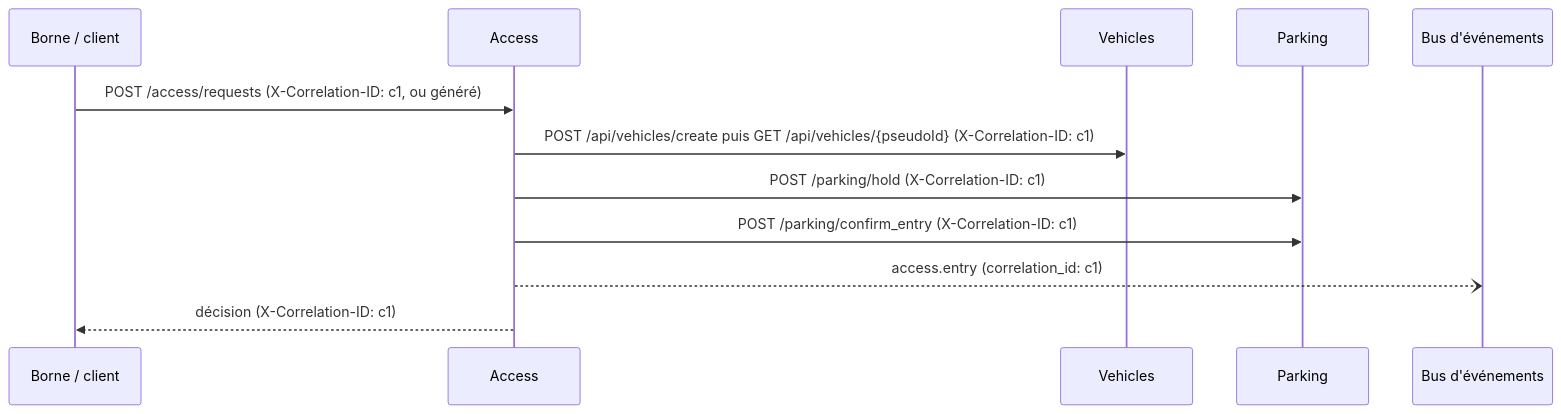
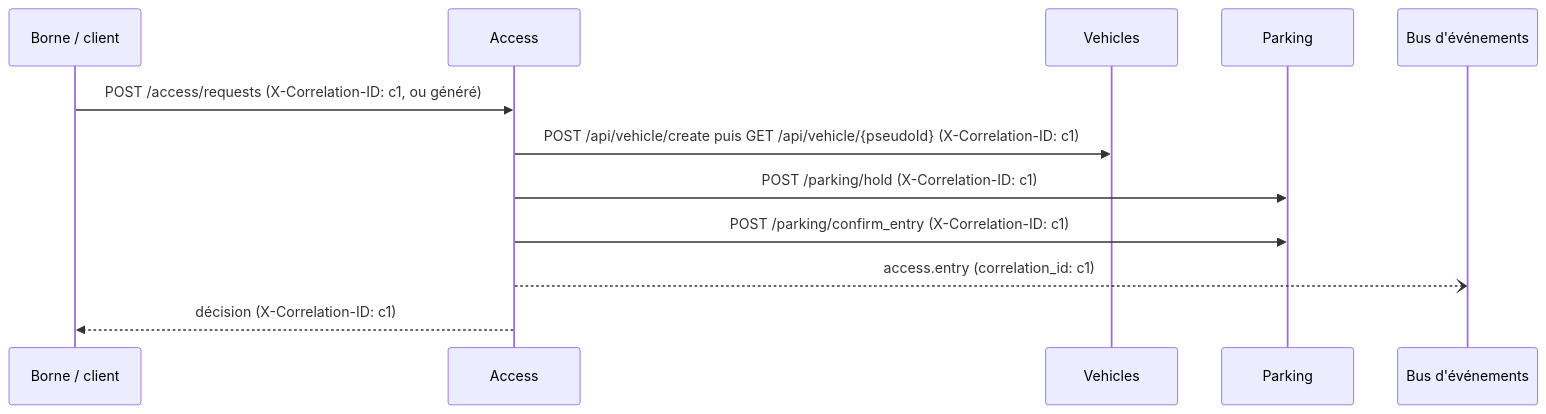
Before and after one commit to DenisDMU/access-parking: the diagram in docs/REVUE.md, drawn with Mermaid. The commit also changed other lines of this file and 4 other files, not shown here.

````diff
--- a/docs/REVUE.md
+++ b/docs/REVUE.md
@@ -139,14 +139,14 @@
 ```mermaid
 sequenceDiagram
     participant B as Borne / client
     participant A as Access
     participant Ve as Vehicles
     participant P as Parking
     participant Bus as Bus d'événements
     B->>A: POST /access/requests (X-Correlation-ID: c1, ou généré)
-    A->>Ve: POST /api/vehicles/create puis GET /api/vehicles/{pseudoId} (X-Correlation-ID: c1)
+    A->>Ve: POST /api/vehicle/create puis GET /api/vehicle/{pseudoId} (X-Correlation-ID: c1)
     A->>P: POST /parking/hold (X-Correlation-ID: c1)
     A->>P: POST /parking/confirm_entry (X-Correlation-ID: c1)
     A--)Bus: access.entry (correlation_id: c1)
     A-->>B: décision (X-Correlation-ID: c1)
 ```
````
